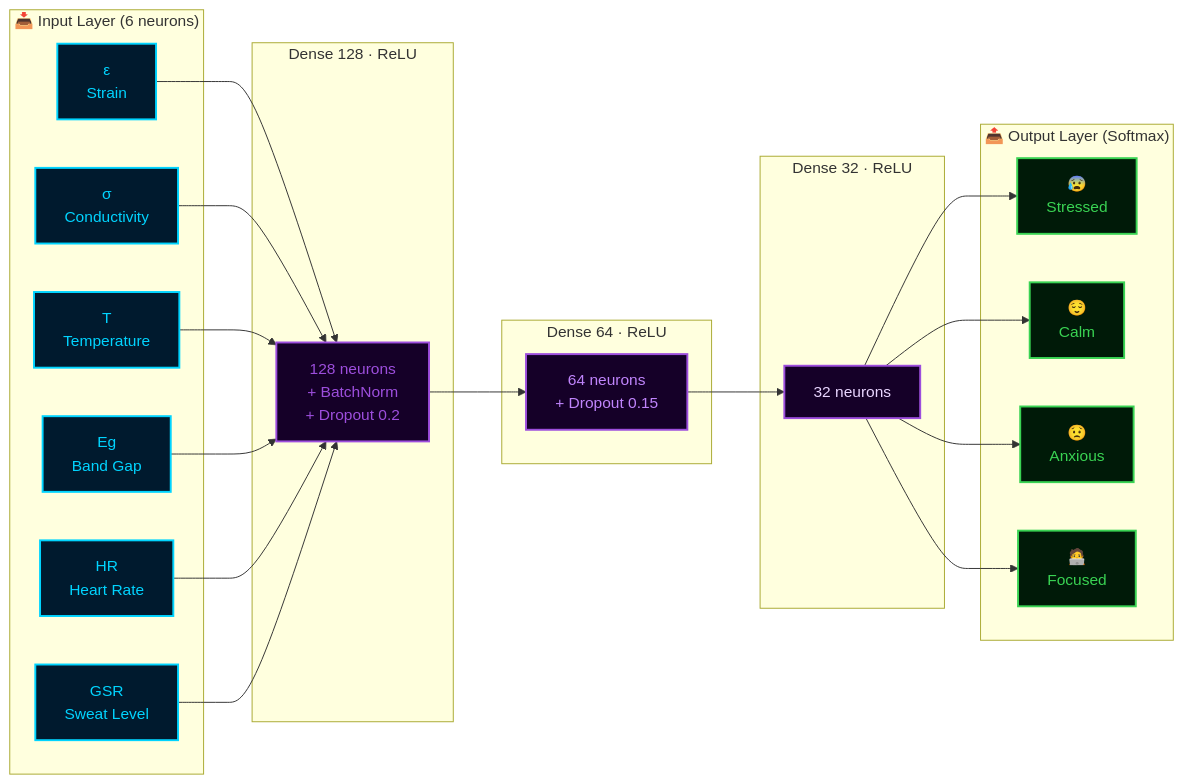
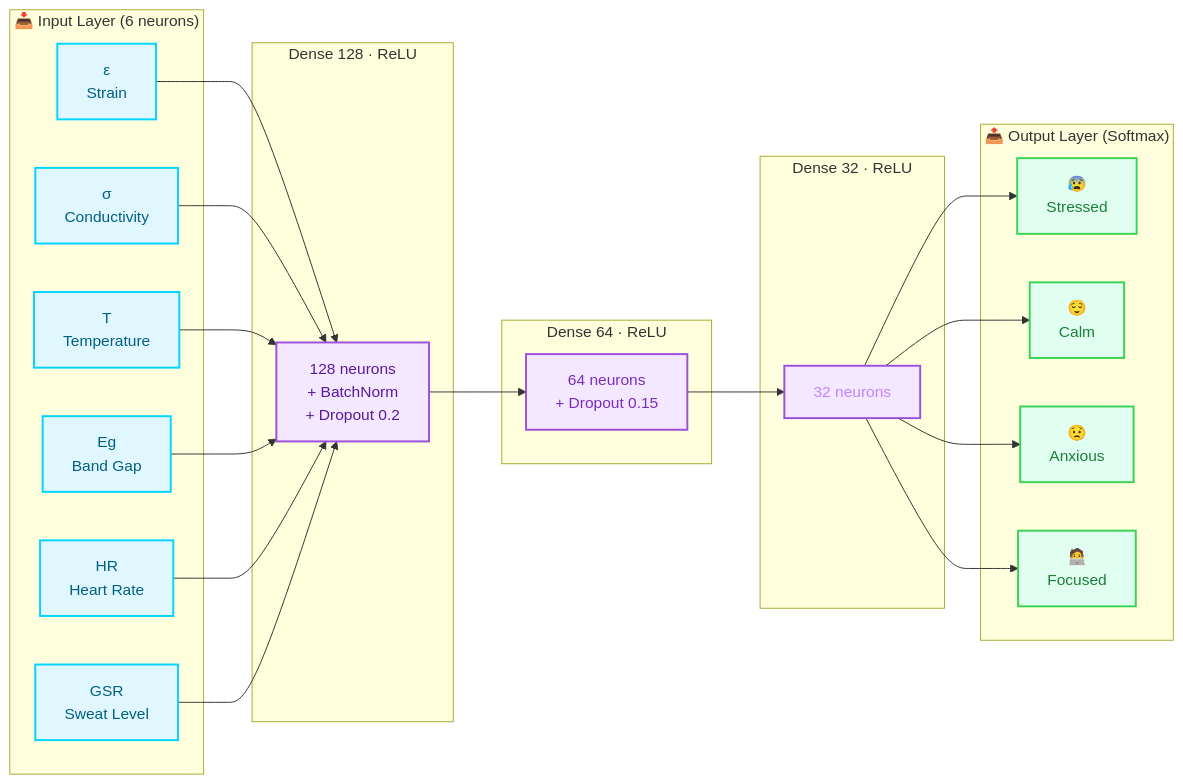
Before and after one commit to anshsharmacse/emotionalmaterials: the fourth of 16 diagrams in README.md, drawn with Mermaid. The commit also changed other lines of this file, not shown here.

````diff
--- a/README.md
+++ b/README.md
@@ -263,42 +263,42 @@
 ```mermaid
 graph LR
-    classDef inp fill:#001a2e,stroke:#00d4ff,color:#00d4ff,stroke-width:2px
-    classDef h1  fill:#150028,stroke:#9d4edd,color:#9d4edd,stroke-width:2px
-    classDef h2  fill:#150028,stroke:#9d4edd,color:#c084fc,stroke-width:2px
-    classDef h3  fill:#150028,stroke:#9d4edd,color:#e9d5ff,stroke-width:2px
-    classDef out fill:#001a08,stroke:#39d353,color:#39d353,stroke-width:2px
-    classDef reg fill:#1a0010,stroke:#f72585,color:#f72585,stroke-width:1px,font-size:10px
+    classDef inp fill:#e0f7ff,stroke:#00d4ff,color:#006080,stroke-width:2px
+    classDef h1  fill:#f3e8ff,stroke:#9d4edd,color:#5a189a,stroke-width:2px
+    classDef h2  fill:#f3e8ff,stroke:#9d4edd,color:#7b2cbf,stroke-width:2px
+    classDef h3  fill:#f3e8ff,stroke:#9d4edd,color:#c084fc,stroke-width:2px
+    classDef out fill:#e0fff0,stroke:#39d353,color:#1a7f37,stroke-width:2px
+    classDef reg fill:#ffe0ec,stroke:#f72585,color:#a4133c,stroke-width:1px,font-size:10px
 
     subgraph INPUT["📥  Input Layer  (6 neurons)"]
         I1["ε\nStrain"]:::inp
         I2["σ\nConductivity"]:::inp
         I3["T\nTemperature"]:::inp
         I4["Eg\nBand Gap"]:::inp
         I5["HR\nHeart Rate"]:::inp
         I6["GSR\nSweat Level"]:::inp
     end
 
     subgraph H1["Dense 128  ·  ReLU"]
         D1["128 neurons\n+ BatchNorm\n+ Dropout 0.2"]:::h1
     end
 
     subgraph H2["Dense 64  ·  ReLU"]
         D2["64 neurons\n+ Dropout 0.15"]:::h2
     end
 
     subgraph H3["Dense 32  ·  ReLU"]
         D3["32 neurons"]:::h3
     end
 
     subgraph OUT["📤  Output Layer  (Softmax)"]
         O1["😰\nStressed"]:::out
         O2["😌\nCalm"]:::out
         O3["😟\nAnxious"]:::out
         O4["🧑‍💻\nFocused"]:::out
     end
 
     I1 & I2 & I3 & I4 & I5 & I6 --> D1
     D1 --> D2
     D2 --> D3
     D3 --> O1 & O2 & O3 & O4
 ```
````
